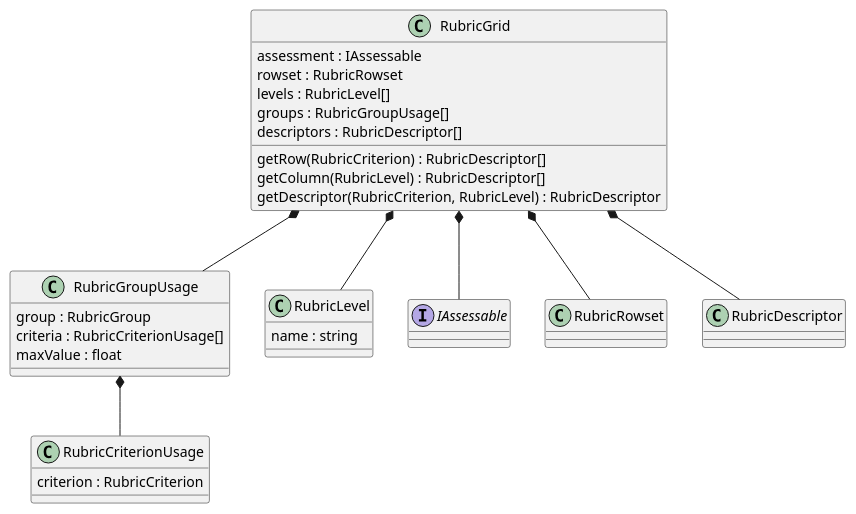
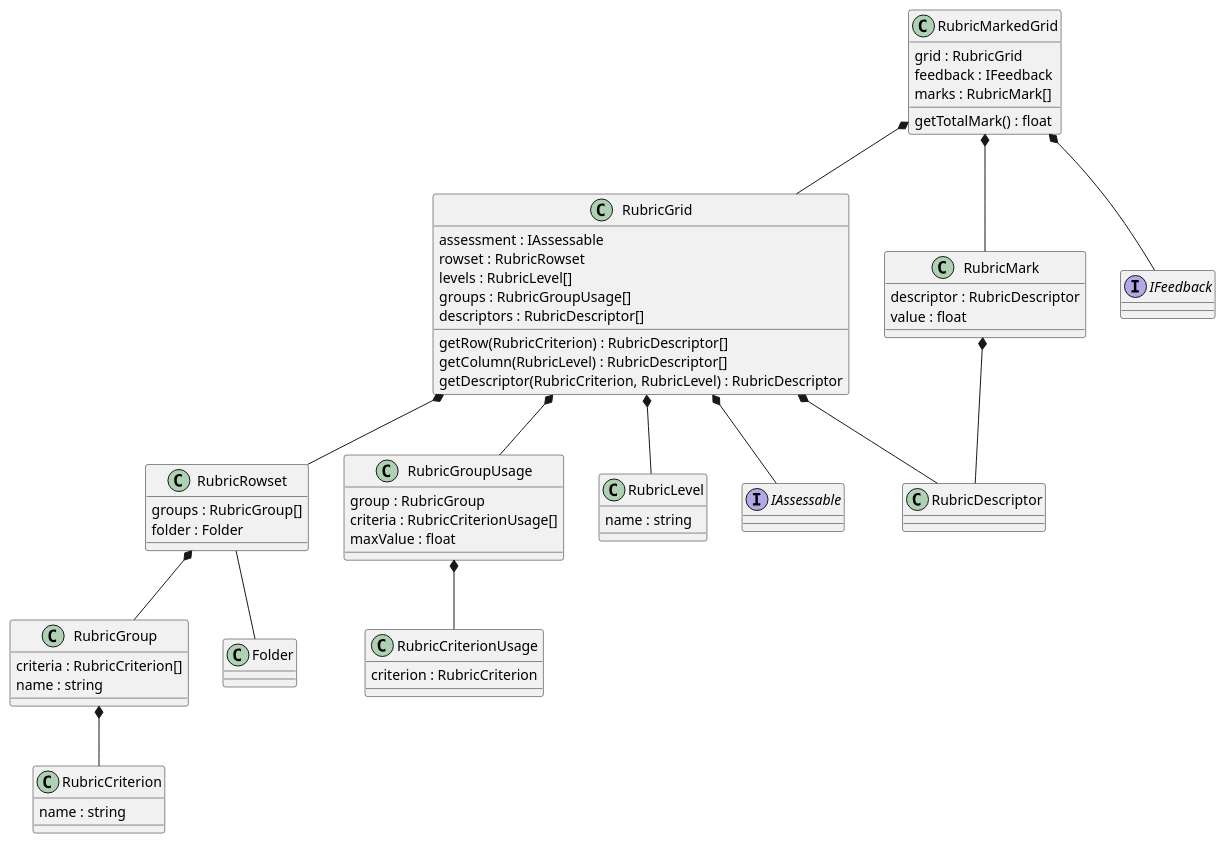
One commit to juliaattrevisan/schoolbox-api-docs changed the diagram in library/Schoolbox/Assessment/Component/SubmissionBox/Rubric/Rubric.plantuml. Above: the diagram before and after it, drawn with PlantUML.

Commit message:
Smoosh all the diagrams together [SA-7281]

```diff
--- a/library/Schoolbox/Assessment/Component/SubmissionBox/Rubric/Rubric.plantuml
+++ b/library/Schoolbox/Assessment/Component/SubmissionBox/Rubric/Rubric.plantuml
@@ -47,35 +1,72 @@
 @startuml
+class RubricRowset {
+    groups : RubricGroup[]
+    folder : Folder
+}
+class RubricGroup {
+    criteria : RubricCriterion[]
+    name : string
+}
+class RubricCriterion {
+    name : string
+}
+
+RubricRowset -- Folder
+
+RubricRowset *-- RubricGroup
+
+RubricGroup *-- RubricCriterion
+
 class RubricGrid {
     assessment : IAssessable
     rowset : RubricRowset
     levels : RubricLevel[]
     groups : RubricGroupUsage[]
     descriptors : RubricDescriptor[]
     getRow(RubricCriterion) : RubricDescriptor[]
     getColumn(RubricLevel) : RubricDescriptor[]
     getDescriptor(RubricCriterion, RubricLevel) : RubricDescriptor
 }
 
 class RubricGroupUsage {
     group : RubricGroup
     criteria : RubricCriterionUsage[]
     maxValue : float
 }
 
 class RubricCriterionUsage {
     criterion : RubricCriterion
 }
 
 class RubricLevel {
     name : string
 }
 
 interface IAssessable
 
 RubricGrid *-- RubricRowset
 RubricGrid *-- IAssessable
 RubricGrid *-- RubricDescriptor
 RubricGrid *-- RubricGroupUsage
 RubricGroupUsage *-- RubricCriterionUsage
 RubricGrid *-- RubricLevel
+
+class RubricMarkedGrid {
+    grid : RubricGrid
+    feedback : IFeedback
+    marks : RubricMark[]
+    getTotalMark() : float
+}
+
+class RubricMark {
+    descriptor : RubricDescriptor
+    value : float
+}
+
+interface IFeedback
+
+RubricMarkedGrid *-- IFeedback
+RubricMarkedGrid *-- RubricMark
+RubricMarkedGrid *-- RubricGrid
+RubricMark *-- RubricDescriptor
 @enduml
```
